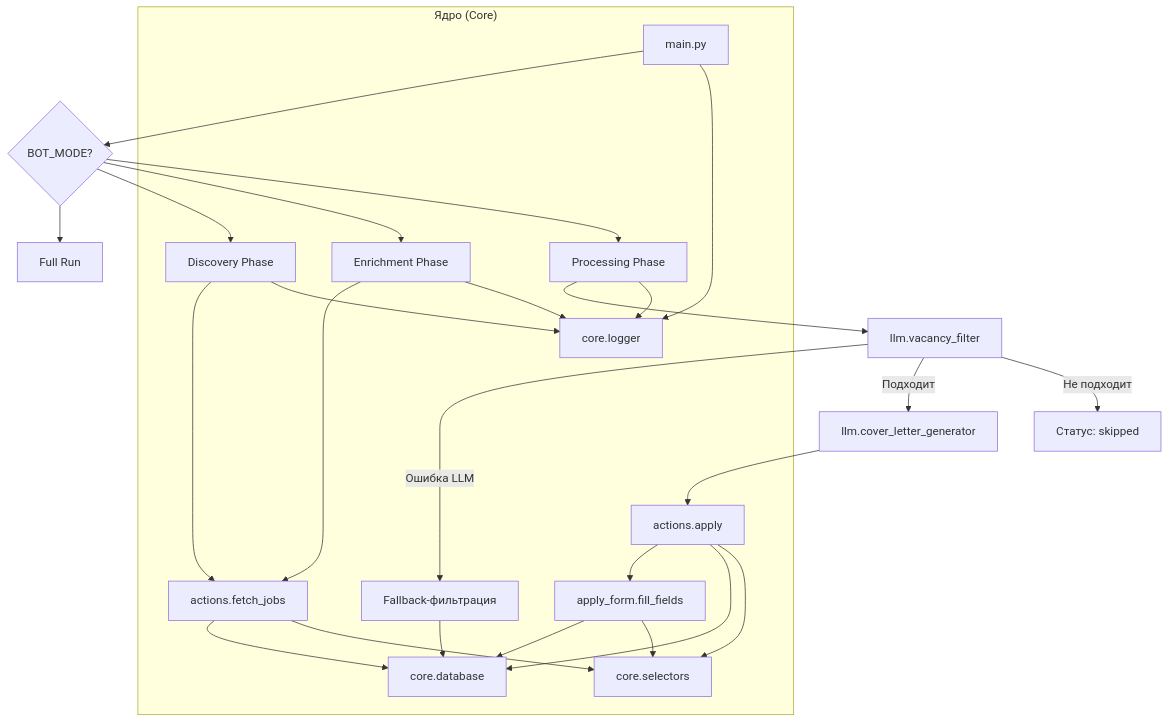
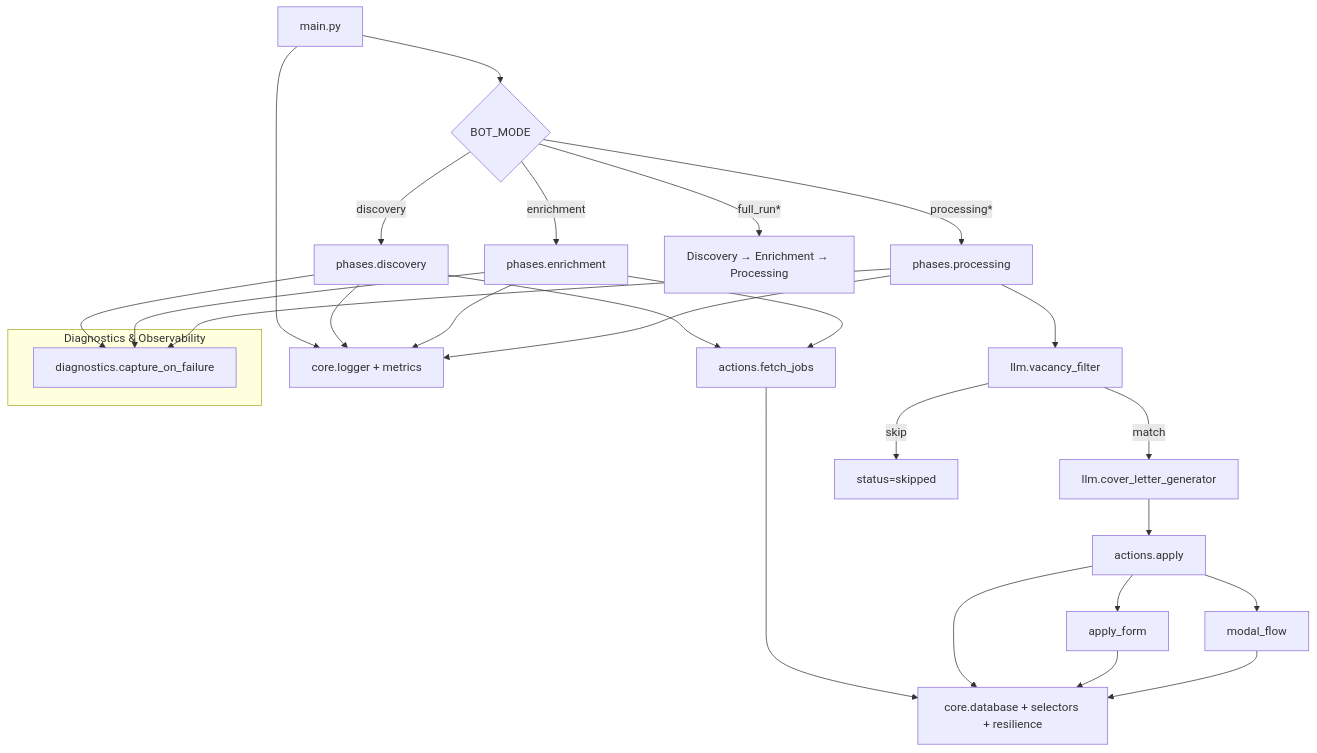
One commit to david-izhak/ai-linkedin-easy-apply-agent changed the diagram in docs/architecture.md. Above: the diagram before and after it, drawn with Mermaid. The commit also changed other lines of this file, not shown here.

Commit message:
Update architecture.md: enhance project structure description and clarify component interactions

````diff
--- a/docs/architecture.md
+++ b/docs/architecture.md
@@ -46,23 +46,21 @@
 ```mermaid
 graph TD
-    A[main.py] --> B{BOT_MODE?}
-    B --> C[Discovery Phase]
-    B --> D[Enrichment Phase]
-    B --> E[Processing Phase]
-    B --> F[Full Run]
-
-    C --> G[actions.fetch_jobs]
-    D --> G
+    A[main.py] --> B{BOT_MODE}
+    B -->|discovery| C[phases.discovery]
+    B -->|enrichment| D[phases.enrichment]
+    B -->|processing*| E[phases.processing]
+    B -->|full_run*| F[Discovery → Enrichment → Processing]
+    C & D --> G[actions.fetch_jobs]
     E --> H[llm.vacancy_filter]
-    H -- Подходит --> I[llm.cover_letter_generator]
+    H -->|match| I[llm.cover_letter_generator]
     I --> J[actions.apply]
-    J --> K[apply_form.fill_fields]
-    H -- Не подходит --> L[Статус: skipped]
-    H -- Ошибка LLM --> M[Fallback-фильтрация]
-
-    subgraph "Ядро (Core)"
-        G & J & K & M --> N[core.database]
-        G & J & K --> O[core.selectors]
-        A & C & D & E --> P[core.logger]
+    J --> K1[apply_form]
+    J --> K2[modal_flow]
+    H -->|skip| L[status=skipped]
+    A & C & D & E --> M[core.logger + metrics]
+    G & J & K1 & K2 --> N[core.database + selectors + resilience]
+    subgraph Diagnostics & Observability
+        O[diagnostics.capture_on_failure]
     end
+    C & D & E --> O
 ```
````
